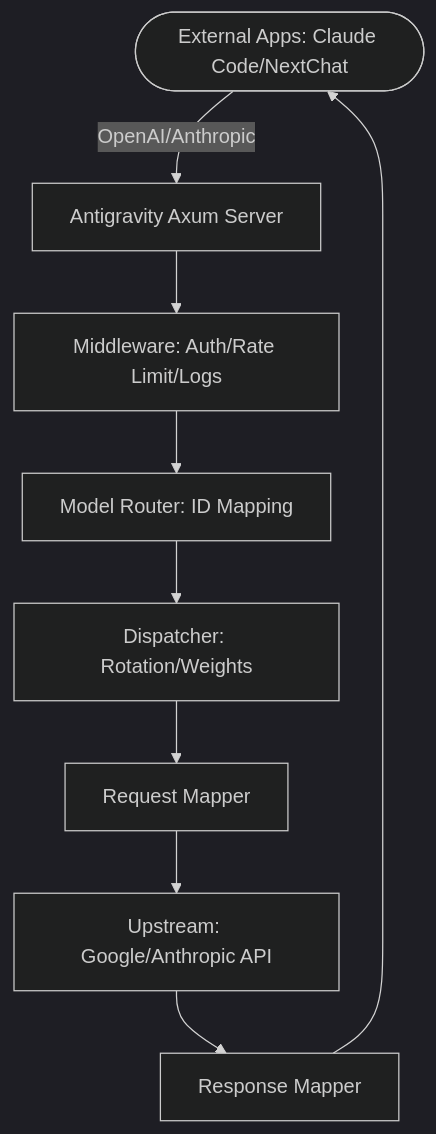
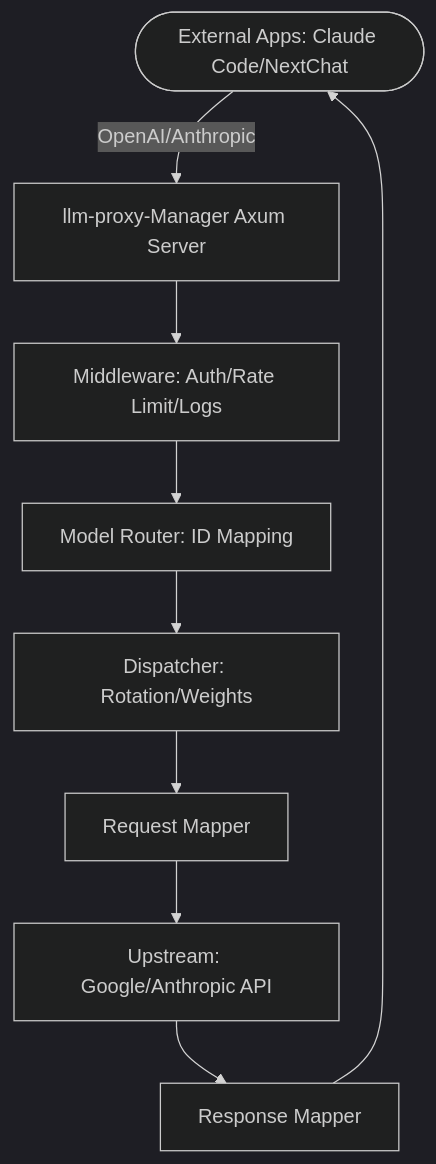
Before and after one commit to liumenglife/llm-proxy-manager: the diagram in README_EN.md, drawn with Mermaid (dark theme). The commit also changed other lines of this file and 12 other files, not shown here.

Commit message:
refactor: rename install scripts, docker files, and READMEs from Antigravity to llm-proxy-Manager (Tasks 1.6, 1.7)

````diff
--- a/README_EN.md
+++ b/README_EN.md
@@ -112,11 +112,11 @@
 ```mermaid
 graph TD
-    Client([External Apps: Claude Code/NextChat]) -->|OpenAI/Anthropic| Gateway[Antigravity Axum Server]
+    Client([External Apps: Claude Code/NextChat]) -->|OpenAI/Anthropic| Gateway[llm-proxy-Manager Axum Server]
     Gateway --> Middleware[Middleware: Auth/Rate Limit/Logs]
     Middleware --> Router[Model Router: ID Mapping]
     Router --> Dispatcher[Dispatcher: Rotation/Weights]
     Dispatcher --> Mapper[Request Mapper]
     Mapper --> Upstream[Upstream: Google/Anthropic API]
     Upstream --> ResponseMapper[Response Mapper]
     ResponseMapper --> Client
 ```
````
